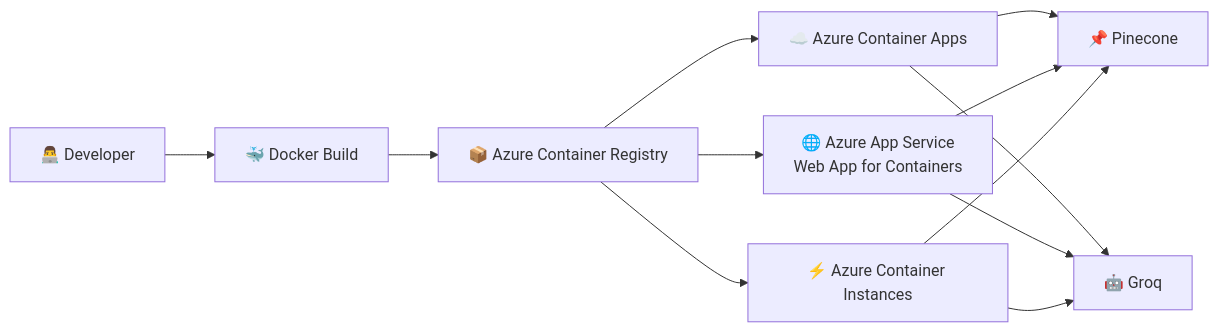
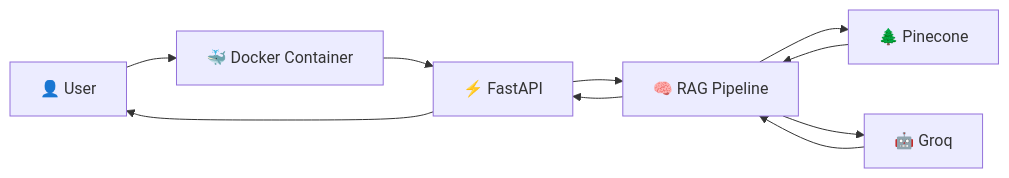
One commit to Bhababhanjan1/LLM_RAG_PROJECT-Docuflux-AI changed the third of 3 diagrams in README.md. Above: the diagram before and after it, drawn with Mermaid. The commit also changed other lines of this file, not shown here.

````diff
--- a/README.md
+++ b/README.md
@@ -604,18 +788,17 @@
-``` mermaid
+```mermaid
 flowchart LR
-    DEV["👨‍💻 Developer"] --> DOCKER["🐳 Docker Build"]
-    DOCKER --> ACR["📦 Azure Container Registry"]
 
-    ACR --> ACA["☁️ Azure Container Apps"]
-    ACR --> APP["🌐 Azure App Service<br/>Web App for Containers"]
-    ACR --> ACI["⚡ Azure Container Instances"]
+    U["👤 User"] --> C["🐳 Docker Container"]
 
-    ACA --> PINE["📌 Pinecone"]
-    ACA --> GROQ["🤖 Groq"]
+    C --> F["⚡ FastAPI"]
+    F --> R["🧠 RAG Pipeline"]
 
-    APP --> PINE
-    APP --> GROQ
+    R --> P["🌲 Pinecone"]
+    R --> G["🤖 Groq"]
 
-    ACI --> PINE
-    ACI --> GROQ
+    P --> R
+    G --> R
+
+    R --> F
+    F --> U
 ```
````
